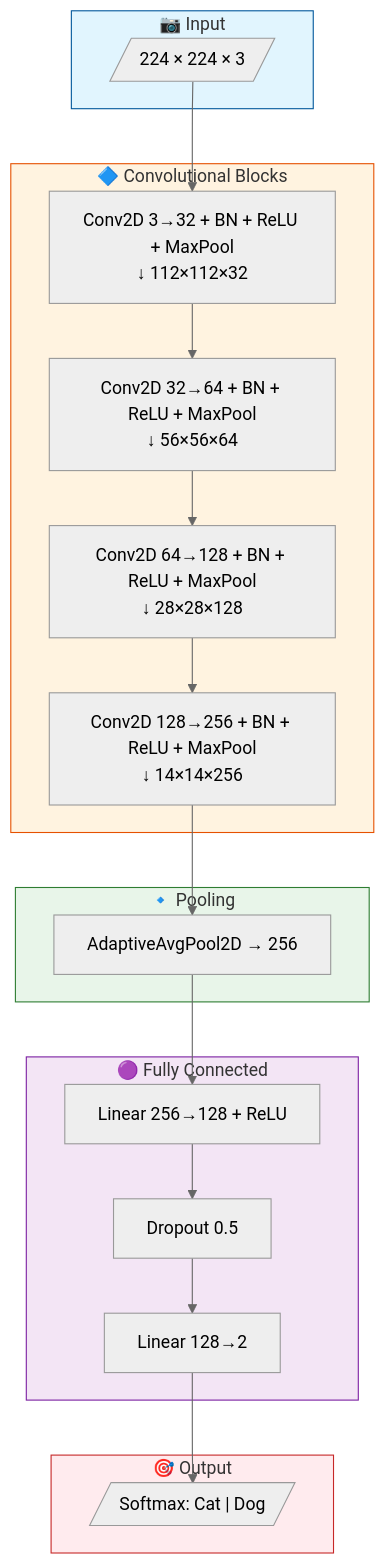
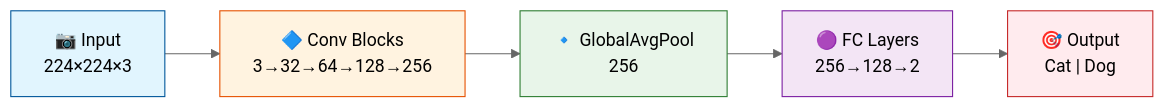
Before and after one commit to 2024aa05820/mlops-assignment2: the second of 6 diagrams in README.md, drawn with Mermaid (neutral theme). The commit also changed other lines of this file, not shown here.

Commit message:
Simplify and improve alignment of all architecture diagrams

````diff
--- a/README.md
+++ b/README.md
@@ -301,36 +278,13 @@
 ```mermaid
-flowchart TB
-    subgraph Input["📷 Input"]
-        I[/"224 × 224 × 3"/]
-    end
+flowchart LR
+    A["📷 Input<br/>224×224×3"] --> B["🔷 Conv Blocks<br/>3→32→64→128→256"]
+    B --> C["🔹 GlobalAvgPool<br/>256"]
+    C --> D["🟣 FC Layers<br/>256→128→2"]
+    D --> E["🎯 Output<br/>Cat | Dog"]
 
-    subgraph ConvBlocks["🔷 Convolutional Blocks"]
-        C1["Conv2D 3→32 + BN + ReLU + MaxPool<br/>↓ 112×112×32"]
-        C2["Conv2D 32→64 + BN + ReLU + MaxPool<br/>↓ 56×56×64"]
-        C3["Conv2D 64→128 + BN + ReLU + MaxPool<br/>↓ 28×28×128"]
-        C4["Conv2D 128→256 + BN + ReLU + MaxPool<br/>↓ 14×14×256"]
-    end
-
-    subgraph Pool["🔹 Pooling"]
-        GAP["AdaptiveAvgPool2D → 256"]
-    end
-
-    subgraph FC["🟣 Fully Connected"]
-        FC1["Linear 256→128 + ReLU"]
-        D1["Dropout 0.5"]
-        FC2["Linear 128→2"]
-    end
-
-    subgraph Output["🎯 Output"]
-        O[/"Softmax: Cat | Dog"/]
-    end
-
-    I --> C1 --> C2 --> C3 --> C4
-    C4 --> GAP --> FC1 --> D1 --> FC2 --> O
-
-    style Input fill:#e1f5fe,stroke:#01579b
-    style ConvBlocks fill:#fff3e0,stroke:#e65100
-    style Pool fill:#e8f5e9,stroke:#2e7d32
-    style FC fill:#f3e5f5,stroke:#7b1fa2
-    style Output fill:#ffebee,stroke:#c62828
+    style A fill:#e1f5fe,stroke:#01579b,color:#000
+    style B fill:#fff3e0,stroke:#e65100,color:#000
+    style C fill:#e8f5e9,stroke:#2e7d32,color:#000
+    style D fill:#f3e5f5,stroke:#7b1fa2,color:#000
+    style E fill:#ffebee,stroke:#c62828,color:#000
 ```
````
